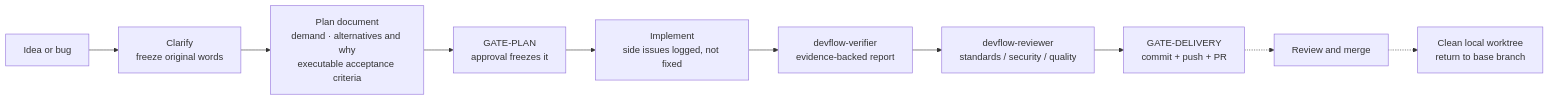
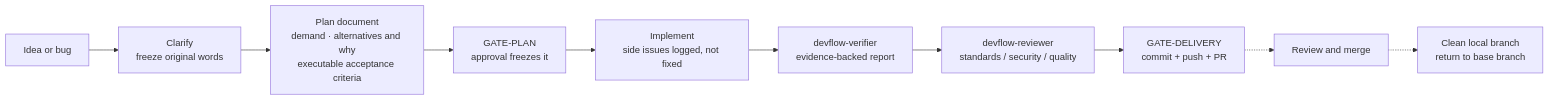
One commit to starme/devflow changed the diagram in README.md. Above: the diagram before and after it, drawn with Mermaid. The commit also changed other lines of this file and 14 other files, not shown here.

````diff
--- a/README.md
+++ b/README.md
@@ -9,12 +9,12 @@
 ```mermaid
 flowchart LR
     A["Idea or bug"] --> Q["Clarify<br/>freeze original words"]
     Q --> P["Plan document<br/>demand · alternatives and why<br/>executable acceptance criteria"]
     P --> H1["GATE-PLAN<br/>approval freezes it"]
     H1 --> W["Implement<br/>side issues logged, not fixed"]
     W --> V["devflow-verifier<br/>evidence-backed report"]
     V --> R["devflow-reviewer<br/>standards / security / quality"]
     R --> H2["GATE-DELIVERY<br/>commit + push + PR"]
     H2 -.-> M["Review and merge"]
-    M -.-> C["Clean local worktree<br/>return to base branch"]
+    M -.-> C["Clean local branch<br/>return to base branch"]
 ```
````
